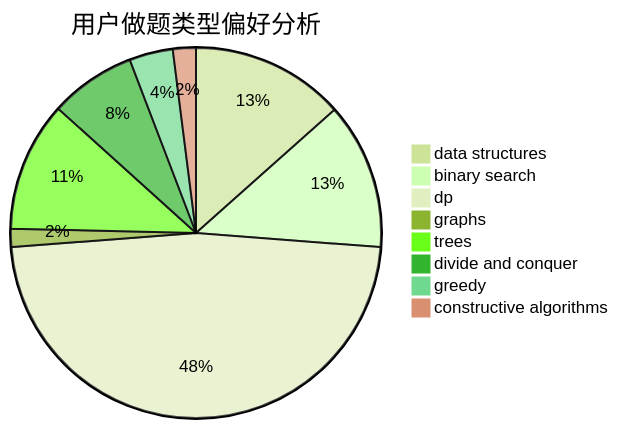
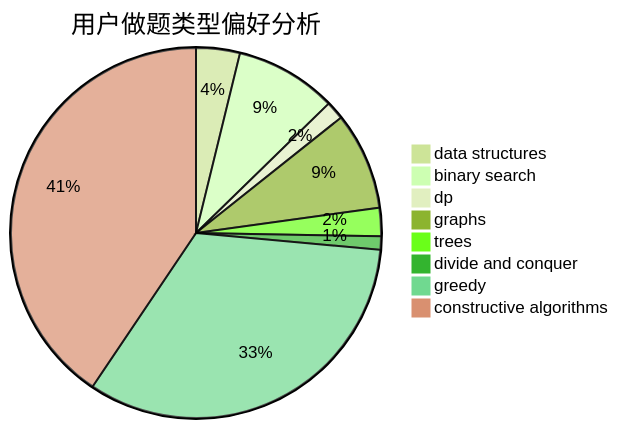
One commit to sherpahu/cfrs.github.io changed the second of 3 diagrams in docs/user/u1267.md. Above: the diagram before and after it, drawn with Mermaid (forest theme). The commit also changed other lines of this file and 2770 other files, not shown here.

````diff
--- a/docs/user/u1267.md
+++ b/docs/user/u1267.md
@@ -23,11 +23,11 @@
 ```mermaid
 pie title 用户做题类型偏好分析
-    "data structures" :  127
-    "binary search" :  121
-    "dp" :  450
-    "graphs" :  15
-    "trees" :  107
-    "divide and conquer" :  71
-    "greedy" :  36
-    "constructive algorithms" :  19
+    "data structures" :  62
+    "binary search" :  144
+    "dp" :  26
+    "graphs" :  138
+    "trees" :  40
+    "divide and conquer" :  19
+    "greedy" :  535
+    "constructive algorithms" :  658
 ```
````
